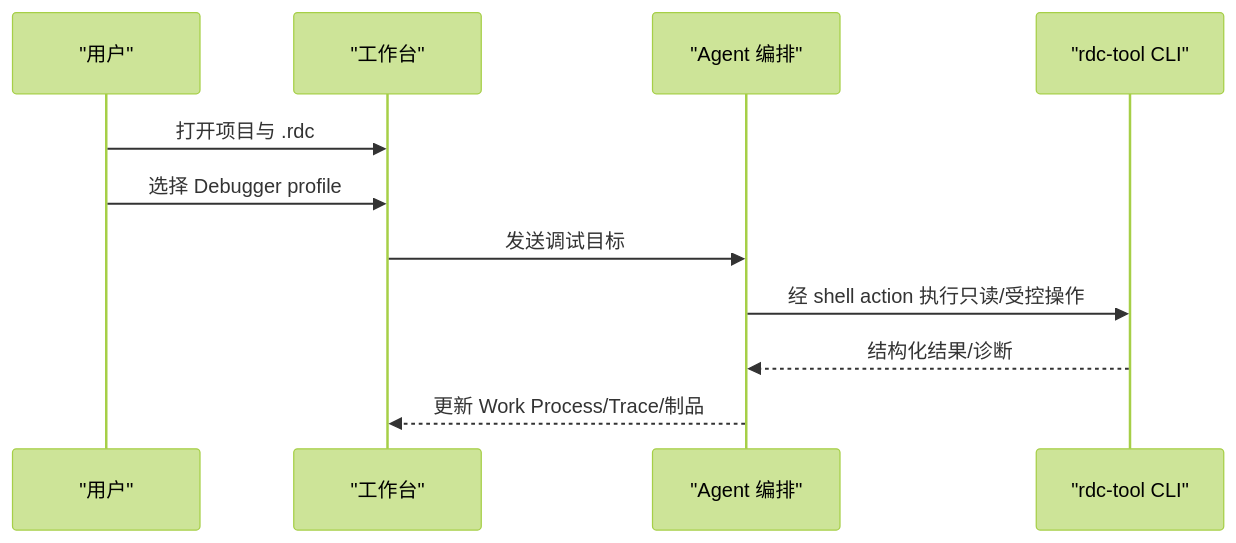
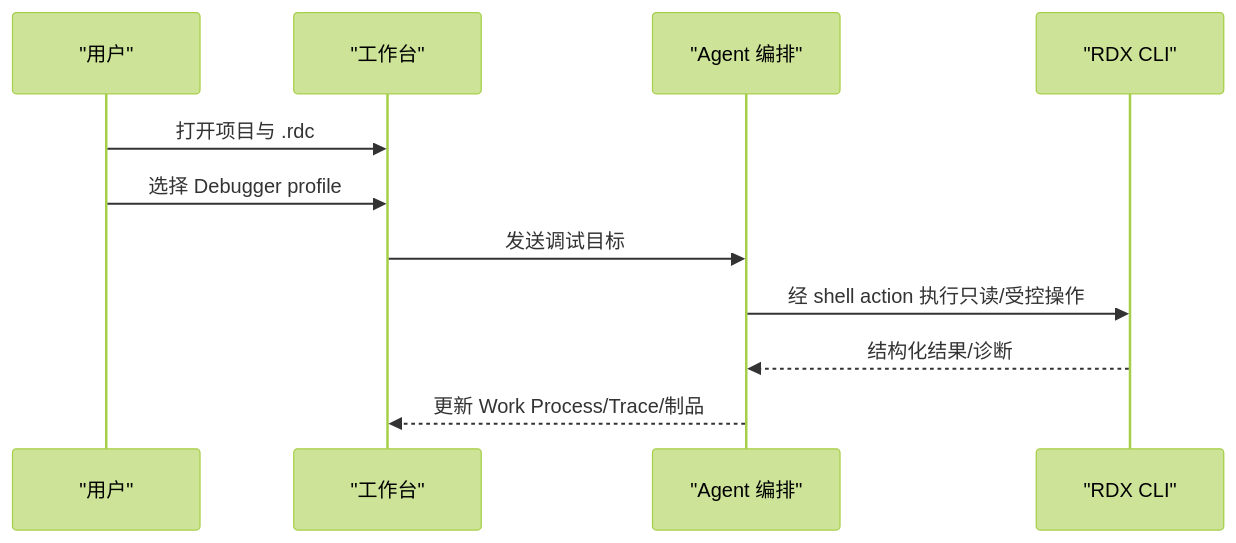
Before and after one commit to haolange/RDC-Agent: the sixth of 8 diagrams in .qoder/repowiki/zh/content/项目概述.md, drawn with Mermaid (forest theme). The commit also changed other lines of this file and 150 other files, not shown here.

````diff
--- a/.qoder/repowiki/zh/content/项目概述.md
+++ b/.qoder/repowiki/zh/content/项目概述.md
@@ -206,13 +204,13 @@
 ```mermaid
 sequenceDiagram
 participant U as "用户"
 participant W as "工作台"
 participant A as "Agent 编排"
-participant R as "rdc-tool CLI"
+participant R as "RDX CLI"
 U->>W : 打开项目与 .rdc
 U->>W : 选择 Debugger profile
 W->>A : 发送调试目标
 A->>R : 经 shell action 执行只读/受控操作
 R-->>A : 结构化结果/诊断
 A-->>W : 更新 Work Process/Trace/制品
 ```
````
